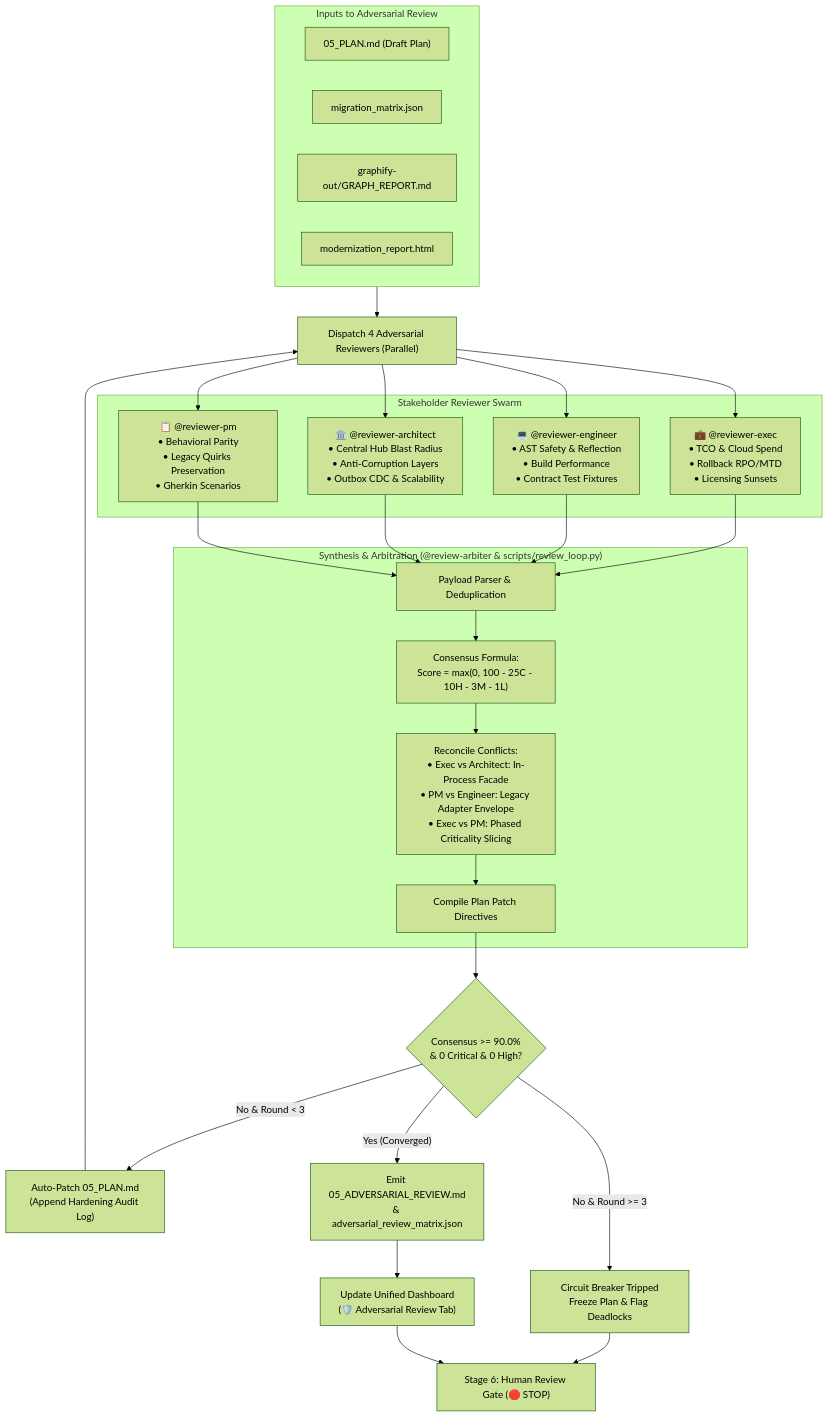
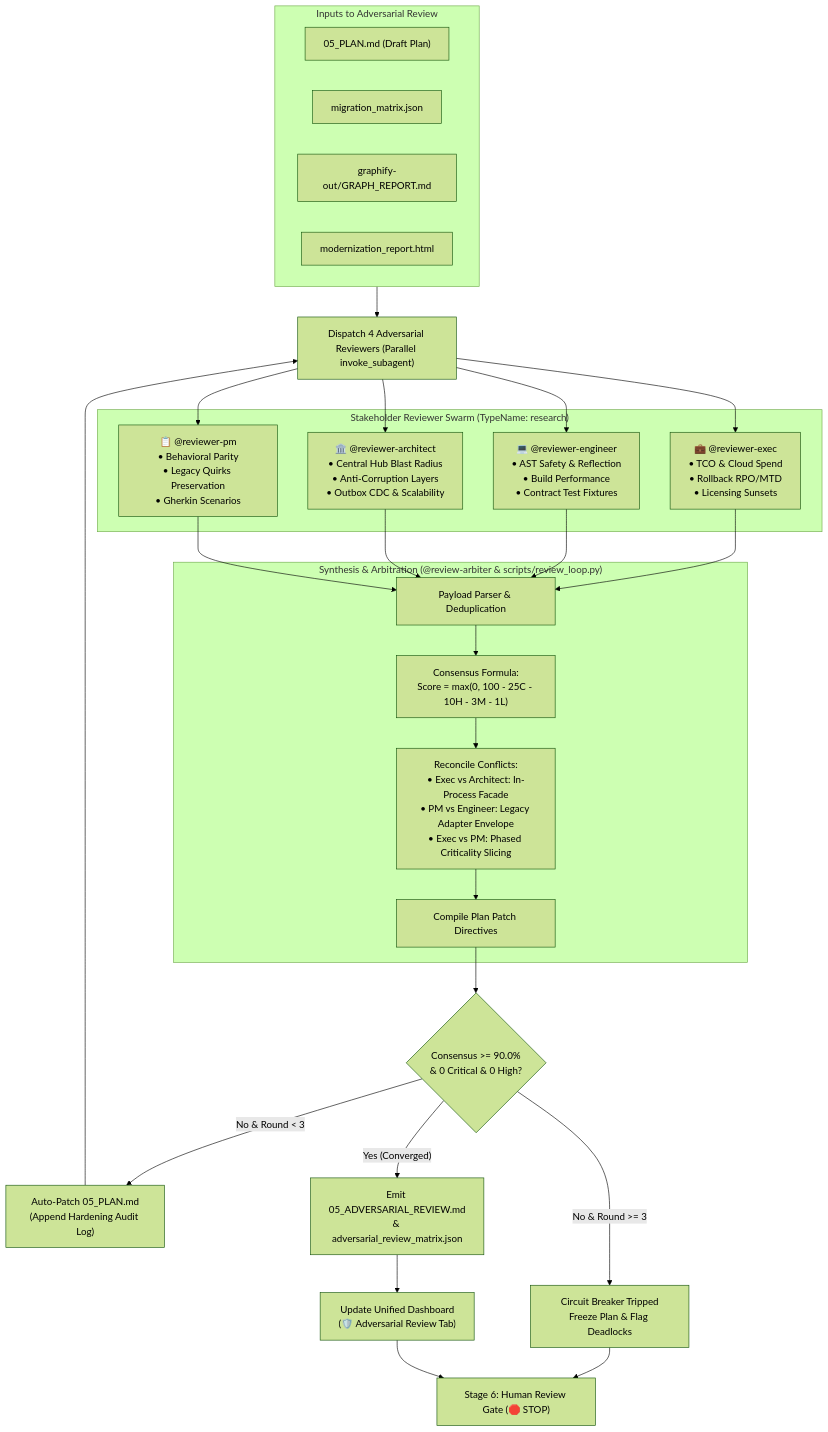
Before and after one commit to sapientcoffee/bean-grinder: the diagram in skills/adversarial-review/SKILL.md, drawn with Mermaid (forest theme). The commit also changed other lines of this file and 6 other files, not shown here.

Commit message:
refactor(skills): ♻️ enable parallel subagent dispatch and remove cost estimate step

````diff
--- a/skills/adversarial-review/SKILL.md
+++ b/skills/adversarial-review/SKILL.md
@@ -46,39 +46,39 @@
 ```mermaid
 flowchart TD
     subgraph Inputs["Inputs to Adversarial Review"]
         Plan["05_PLAN.md (Draft Plan)"]
         Matrix["migration_matrix.json"]
         Graph["graphify-out/GRAPH_REPORT.md"]
         Report["modernization_report.html"]
     end
 
-    Inputs --> Dispatch["Dispatch 4 Adversarial Reviewers (Parallel)"]
+    Inputs --> Dispatch["Dispatch 4 Adversarial Reviewers (Parallel invoke_subagent)"]
 
-    subgraph Swarm["Stakeholder Reviewer Swarm"]
+    subgraph Swarm["Stakeholder Reviewer Swarm (TypeName: research)"]
         Exec["💼 @reviewer-exec<br/>• TCO & Cloud Spend<br/>• Rollback RPO/MTD<br/>• Licensing Sunsets"]
         Eng["💻 @reviewer-engineer<br/>• AST Safety & Reflection<br/>• Build Performance<br/>• Contract Test Fixtures"]
         Arch["🏛️ @reviewer-architect<br/>• Central Hub Blast Radius<br/>• Anti-Corruption Layers<br/>• Outbox CDC & Scalability"]
         PM["📋 @reviewer-pm<br/>• Behavioral Parity<br/>• Legacy Quirks Preservation<br/>• Gherkin Scenarios"]
     end
 
     Dispatch --> Exec & Eng & Arch & PM
 
     subgraph Arbitration["Synthesis & Arbitration (@review-arbiter & scripts/review_loop.py)"]
         Exec & Eng & Arch & PM --> Parse["Payload Parser & Deduplication"]
         Parse --> Score["Consensus Formula:<br/>Score = max(0, 100 - 25C - 10H - 3M - 1L)"]
         Score --> TradeOffs["Reconcile Conflicts:<br/>• Exec vs Architect: In-Process Facade<br/>• PM vs Engineer: Legacy Adapter Envelope<br/>• Exec vs PM: Phased Criticality Slicing"]
         TradeOffs --> Directive["Compile Plan Patch Directives"]
     end
 
     Directive --> Eval{"Consensus >= 90.0%<br/>& 0 Critical & 0 High?"}
 
     Eval -->|"No & Round < 3"| AutoPatch["Auto-Patch 05_PLAN.md<br/>(Append Hardening Audit Log)"]
     AutoPatch --> Dispatch
 
     Eval -->|"No & Round >= 3"| CircuitBreaker["Circuit Breaker Tripped<br/>Freeze Plan & Flag Deadlocks"]
     CircuitBreaker --> Gate["Stage 6: Human Review Gate (🛑 STOP)"]
 
     Eval -->|"Yes (Converged)"| Converged["Emit 05_ADVERSARIAL_REVIEW.md<br/>& adversarial_review_matrix.json"]
     Converged --> Dash["Update Unified Dashboard<br/>(🛡️ Adversarial Review Tab)"]
     Dash --> Gate
 ```
````
